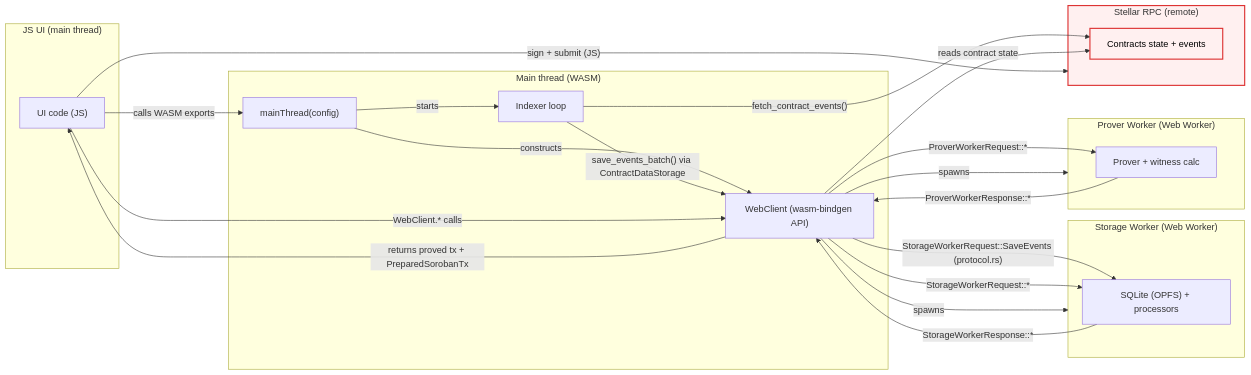
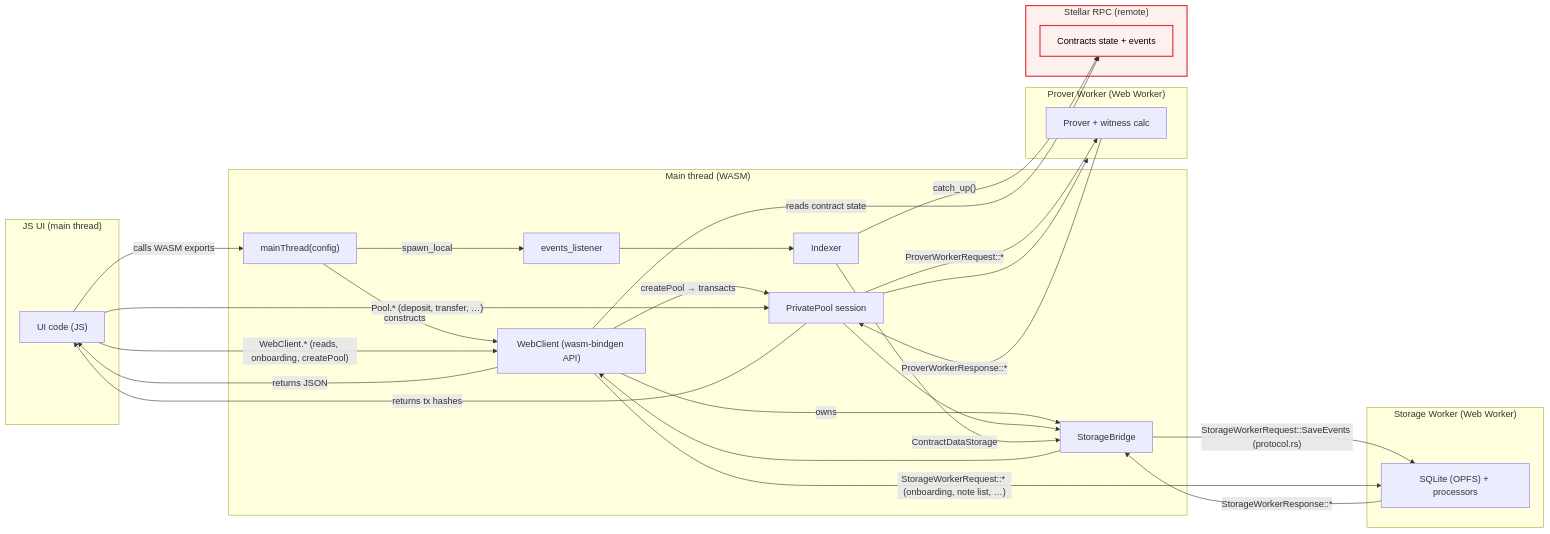
One commit to NethermindEth/stellar-private-payments changed the diagram in app/ARCHITECTURE.md. Above: the diagram before and after it, drawn with Mermaid. The commit also changed other lines of this file and 110 other files, not shown here.

````diff
--- a/app/ARCHITECTURE.md
+++ b/app/ARCHITECTURE.md
@@ -62,51 +92,58 @@
 ```mermaid
 flowchart LR
   %% Main thread
   subgraph JS["JS UI (main thread)"]
     UI["UI code (JS)"]
   end
 
   subgraph WASM["Main thread (WASM)"]
     MT["mainThread(config)"]
     WC["WebClient (wasm-bindgen API)"]
-    IDX["Indexer loop"]
+    PP["PrivatePool session"]
+    SB["StorageBridge"]
+    EL["events_listener"]
+    IDX["Indexer"]
   end
 
   %% Workers
   subgraph SW["Storage Worker (Web Worker)"]
     DB["SQLite (OPFS) + processors"]
   end
 
   subgraph PW["Prover Worker (Web Worker)"]
     PR["Prover + witness calc"]
   end
 
   %% Remote dependency (not local)
   subgraph RPC["Stellar RPC (remote)"]
     RPCAPI["Contracts state + events"]
   end
 
   UI -->|"calls WASM exports"| MT
   MT -->|"constructs"| WC
+  WC -->|"owns"| SB
+  WC -->|"createPool → transacts"| PP
+  PP --> SB
+  PP --> PW
 
-  WC -->|"spawns"| SW
-  WC -->|"spawns"| PW
+  MT -->|"spawn_local"| EL
+  EL --> IDX
+  IDX -->|"catch_up()"| RPCAPI
+  IDX -->|"ContractDataStorage"| SB
+  SB -->|"StorageWorkerRequest::SaveEvents (protocol.rs)"| DB
 
-  MT -->|"starts"| IDX
-  IDX -->|"fetch_contract_events()"| RPCAPI
-  IDX -->|"save_events_batch() via ContractDataStorage"| WC
-  WC -->|"StorageWorkerRequest::SaveEvents (protocol.rs)"| DB
-
-  UI -->|"WebClient.* calls"| WC
+  UI -->|"WebClient.* (reads, onboarding, createPool)"| WC
+  UI -->|"Pool.* (deposit, transfer, …)"| PP
   WC -->|"reads contract state"| RPCAPI
-  WC -->|"StorageWorkerRequest::*"| DB
-  WC -->|"ProverWorkerRequest::*"| PR
-  PR -->|"ProverWorkerResponse::*"| WC
-  DB -->|"StorageWorkerResponse::*"| WC
-  WC -->|"returns proved tx + PreparedSorobanTx"| UI
-  UI -->|"sign + submit (JS)"| RPC
+  WC -->|"StorageWorkerRequest::* (onboarding, note list, …)"| DB
+  PP -->|"ProverWorkerRequest::*"| PR
+  PR -->|"ProverWorkerResponse::*"| PP
+  DB -->|"StorageWorkerResponse::*"| SB
+  SB --> WC
+  WC -->|"returns JSON"| UI
+  PP -->|"returns tx hashes"| UI
 
   classDef remote fill:#fff0f0,stroke:#d33,stroke-width:2px,color:#000;
   style RPC fill:#fff0f0,stroke:#d33,stroke-width:2px;
   class RPCAPI remote;
 ```
````
